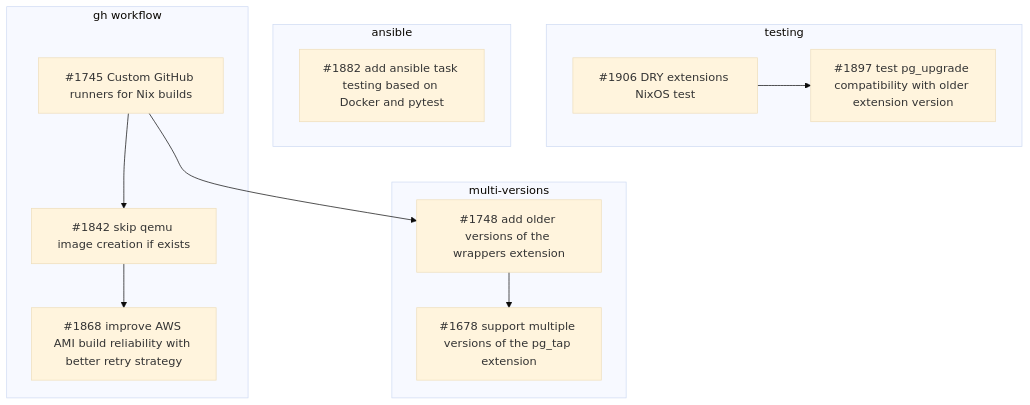
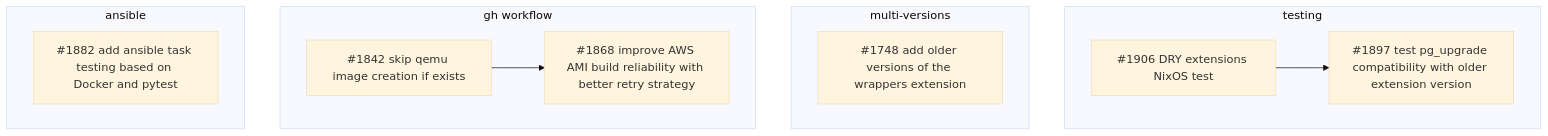
One commit to supabase/postgres changed the first of 3 diagrams in nix/docs/ROADMAP.md. Above: the diagram before and after it, drawn with Mermaid (base theme). The commit also changed other lines of this file, not shown here.

First line of the commit message:
doc: remove merged and closed PRs from roadmap

````diff
--- a/nix/docs/ROADMAP.md
+++ b/nix/docs/ROADMAP.md
@@ -3,48 +3,43 @@
 ```mermaid
 graph TD
  
     %% testing
     1906[#1906 DRY extensions NixOS test]
     1897[#1897 test pg_upgrade compatibility with older extension version]
 
     subgraph testing["testing"]
         1906 --> 1897
     end
 
     click 1906 "https://github.com/supabase/postgres/pull/1906" "Open PR #1906"
     click 1897 "https://github.com/supabase/postgres/pull/1897" "Open PR #1897"
 
     %% multi-versions
-    1678[#1678 support multiple versions of the pg_tap extension]
     1748[#1748 add older versions of the wrappers extension]
 
     subgraph multi-versions["multi-versions"]
-        1748 --> 1678
+        1748
     end
 
-    click 1678 "https://github.com/supabase/postgres/pull/1678" "Open PR #1678"
     click 1748 "https://github.com/supabase/postgres/pull/1748" "Open PR #1748"
 
     %% gh workflow
     1868[#1868 improve AWS AMI build reliability with better retry strategy]
     1842[#1842 skip qemu image creation if exists]
-    1745[#1745 Custom GitHub runners for Nix builds]
 
     subgraph gh-workflow["gh workflow"]
-        1745 --> 1842 --> 1868
-        1745 --> 1748
+        1842 --> 1868
     end
 
     click 1868 "https://github.com/supabase/postgres/pull/1868" "Open PR #1868"
     click 1842 "https://github.com/supabase/postgres/pull/1842" "Open PR #1842"
-    click 1745 "https://github.com/supabase/postgres/pull/1745" "Open PR #1745"
 
     %% ansible
     1882[#1882 add ansible task testing based on Docker and pytest]
 
     subgraph ansible["ansible"]
         1882
     end
 
     click 1882 "https://github.com/supabase/postgres/pull/1882" "Open PR #1882"
 ```
````
